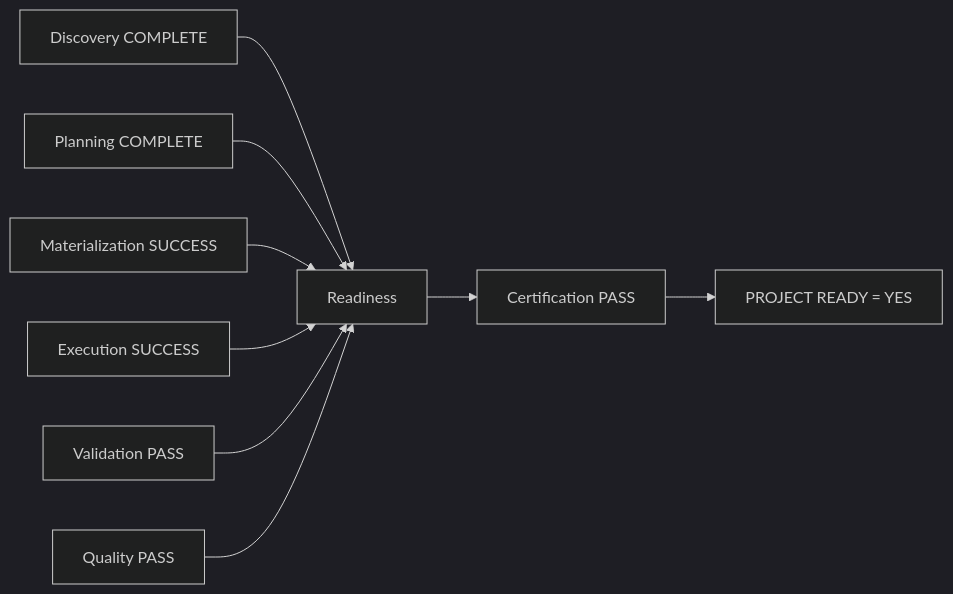
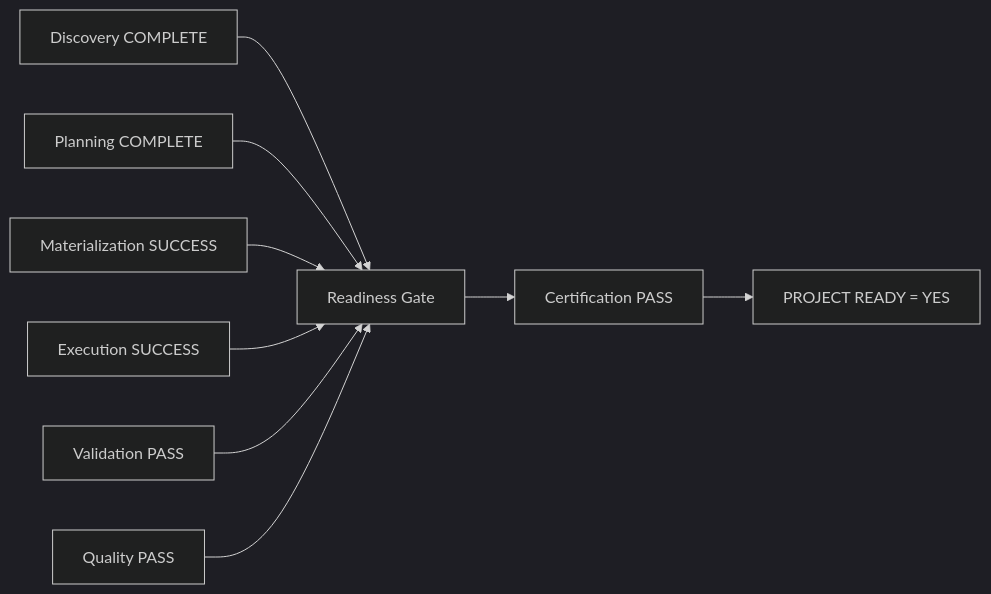
The second of 2 diagrams in README.md (MayaraLonguinho/analytics_agents_factory), drawn with Mermaid (dark theme) before and after one commit. The commit also changed other lines of this file and 31 other files, not shown here.

Commit message:
docs: reconcile architecture documentation and obsidian graph

````diff
--- a/README.md
+++ b/README.md
@@ -105,11 +130,11 @@
 ```mermaid
 flowchart LR
-    D[Discovery COMPLETE] --> R[Readiness]
+    D[Discovery COMPLETE] --> R[Readiness Gate]
     P[Planning COMPLETE] --> R
     M[Materialization SUCCESS] --> R
     E[Execution SUCCESS] --> R
     V[Validation PASS] --> R
     Q[Quality PASS] --> R
     R --> C[Certification PASS]
     C --> Y[PROJECT READY = YES]
 ```
````
